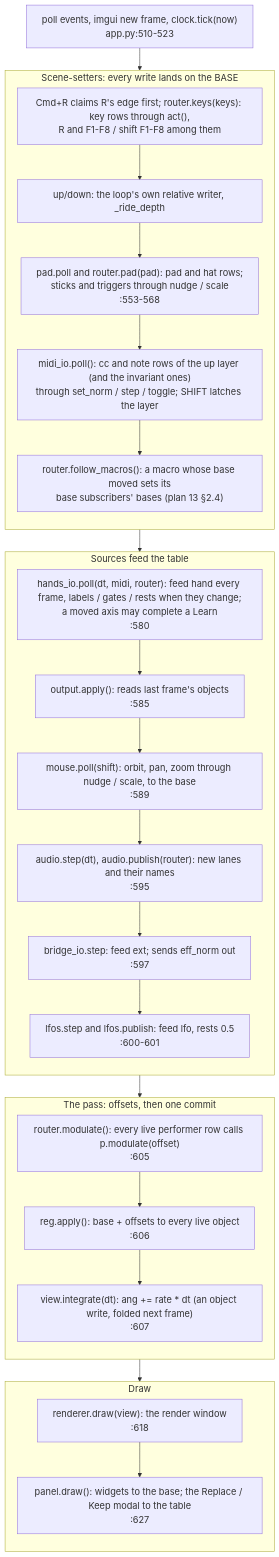
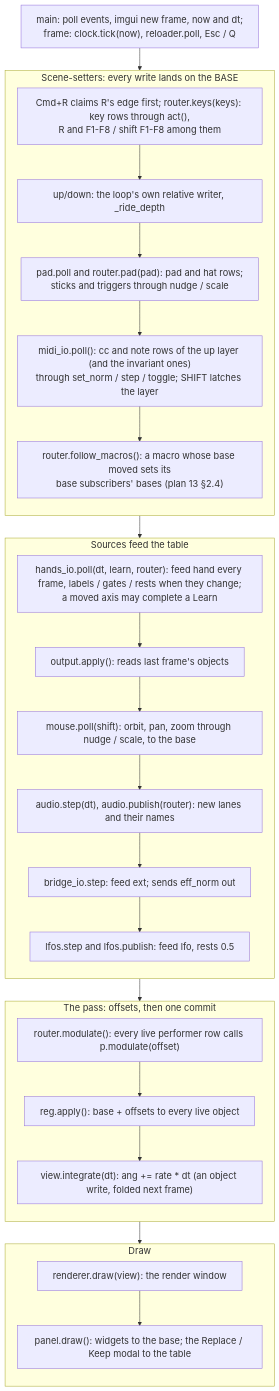
Before and after one commit to Cutaiar/hyperspace: the diagram in hyperspace-python/docs/ARCHITECTURE.md, drawn with Mermaid. The commit also changed other lines of this file, not shown here.

First line of the commit message:
ARCHITECTURE: revised for plan 13 on plan-13-integration

````diff
--- a/hyperspace-python/docs/ARCHITECTURE.md
+++ b/hyperspace-python/docs/ARCHITECTURE.md
@@ -67,41 +70,41 @@
 ```mermaid
 %%{init: {"themeVariables": {"fontSize": "18px"}, "flowchart": {"nodeSpacing": 28, "rankSpacing": 44, "wrappingWidth": 420}}}%%
 flowchart TB
-    S0["poll events, imgui new frame, clock.tick(now)<br/>app.py:510-523"]
+    S0["main: poll events, imgui new frame, now and dt;<br/>frame: clock.tick(now), reloader.poll, Esc / Q"]
     subgraph setters ["Scene-setters: every write lands on the BASE"]
         direction TB
         S1["Cmd+R claims R's edge first; router.keys(keys): key rows through act(),<br/>R and F1-F8 / shift F1-F8 among them"]
         S2["up/down: the loop's own relative writer, _ride_depth"]
-        S3["pad.poll and router.pad(pad): pad and hat rows;<br/>sticks and triggers through nudge / scale<br/>:553-568"]
+        S3["pad.poll and router.pad(pad): pad and hat rows;<br/>sticks and triggers through nudge / scale"]
         S4["midi_io.poll(): cc and note rows of the up layer (and the invariant ones)<br/>through set_norm / step / toggle; SHIFT latches the layer"]
         S4b["router.follow_macros(): a macro whose base moved sets its<br/>base subscribers' bases (plan 13 §2.4)"]
         S1 --> S2 --> S3 --> S4 --> S4b
     end
     subgraph feeds ["Sources feed the table"]
         direction TB
-        S5["hands_io.poll(dt, midi, router): feed hand every frame, labels / gates / rests when they change;<br/>a moved axis may complete a Learn<br/>:580"]
-        S6["output.apply(): reads last frame's objects<br/>:585"]
-        S7["mouse.poll(shift): orbit, pan, zoom through nudge / scale, to the base<br/>:589"]
-        S8["audio.step(dt), audio.publish(router): new lanes and their names<br/>:595"]
-        S9["bridge_io.step: feed ext; sends eff_norm out<br/>:597"]
-        S10["lfos.step and lfos.publish: feed lfo, rests 0.5<br/>:600-601"]
+        S5["hands_io.poll(dt, learn, router): feed hand every frame, labels / gates / rests when they change;<br/>a moved axis may complete a Learn"]
+        S6["output.apply(): reads last frame's objects"]
+        S7["mouse.poll(shift): orbit, pan, zoom through nudge / scale, to the base"]
+        S8["audio.step(dt), audio.publish(router): new lanes and their names"]
+        S9["bridge_io.step: feed ext; sends eff_norm out"]
+        S10["lfos.step and lfos.publish: feed lfo, rests 0.5"]
         S5 --> S6 --> S7 --> S8 --> S9 --> S10
     end
     subgraph pass ["The pass: offsets, then one commit"]
         direction TB
-        S11["router.modulate(): every live performer row calls p.modulate(offset)<br/>:605"]
-        S12["reg.apply(): base + offsets to every live object<br/>:606"]
-        S13["view.integrate(dt): ang += rate * dt (an object write, folded next frame)<br/>:607"]
+        S11["router.modulate(): every live performer row calls p.modulate(offset)"]
+        S12["reg.apply(): base + offsets to every live object"]
+        S13["view.integrate(dt): ang += rate * dt (an object write, folded next frame)"]
         S11 --> S12 --> S13
     end
     subgraph draw ["Draw"]
         direction TB
-        S14["renderer.draw(view): the render window<br/>:618"]
-        S15["panel.draw(): widgets to the base; the Replace / Keep modal to the table<br/>:627"]
+        S14["renderer.draw(view): the render window"]
+        S15["panel.draw(): widgets to the base; the Replace / Keep modal to the table"]
         S14 --> S15
     end
     S0 --> S1
     S4b --> S5
     S10 --> S11
     S13 --> S14
 ```
````
